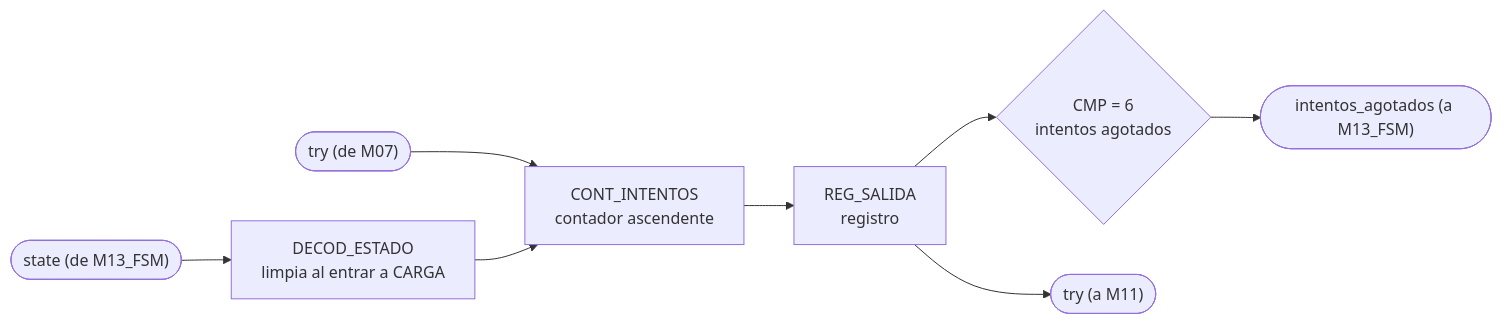
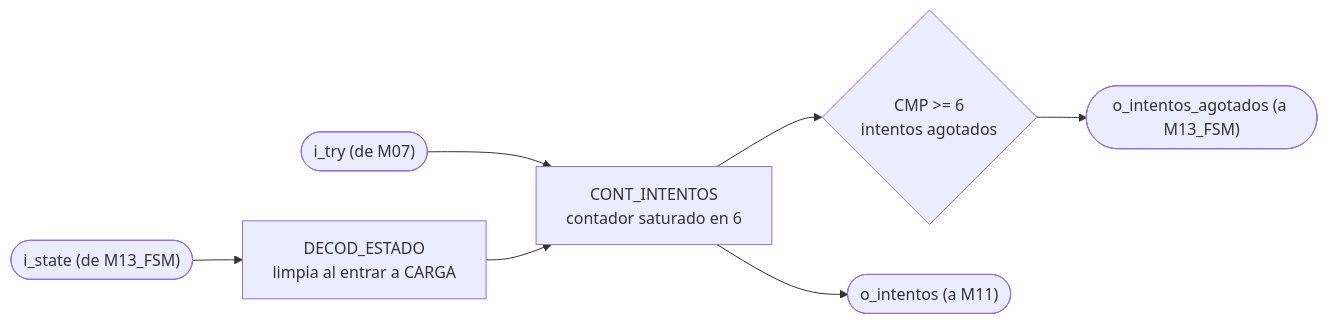
Before and after one commit to Taller-de-diseno-digital-GR01/Proyecto-2-Ahorcado: diagram 13 of 14 in docs/diseño/diagramas/nivel03.md, drawn with Mermaid. The commit also changed other lines of this file, not shown here.

````diff
--- a/docs/diseño/diagramas/nivel03.md
+++ b/docs/diseño/diagramas/nivel03.md
@@ -563,10 +611,9 @@
 ```mermaid
 flowchart LR
-    IN_TRY(["try (de M07)"]) --> CNT1["CONT_INTENTOS<br/>contador ascendente"]
-    IN_STATE(["state (de M13_FSM)"]) --> DEC_ST["DECOD_ESTADO<br/>limpia al entrar a CARGA"]
+    IN_TRY(["i_try (de M07)"]) --> CNT1["CONT_INTENTOS<br/>contador saturado en 6"]
+    IN_STATE(["i_state (de M13_FSM)"]) --> DEC_ST["DECOD_ESTADO<br/>limpia al entrar a CARGA"]
     DEC_ST --> CNT1
-    CNT1 --> REG_OUT["REG_SALIDA<br/>registro"]
-    REG_OUT --> CMP1{"CMP = 6<br/>intentos agotados"}
-    CMP1 --> OUT_FSM(["intentos_agotados (a M13_FSM)"])
-    REG_OUT --> OUT_M11(["try (a M11)"])
+    CNT1 --> CMP1{"CMP >= 6<br/>intentos agotados"}
+    CMP1 --> OUT_FSM(["o_intentos_agotados (a M13_FSM)"])
+    CNT1 --> OUT_M11(["o_intentos (a M11)"])
 ```
````
